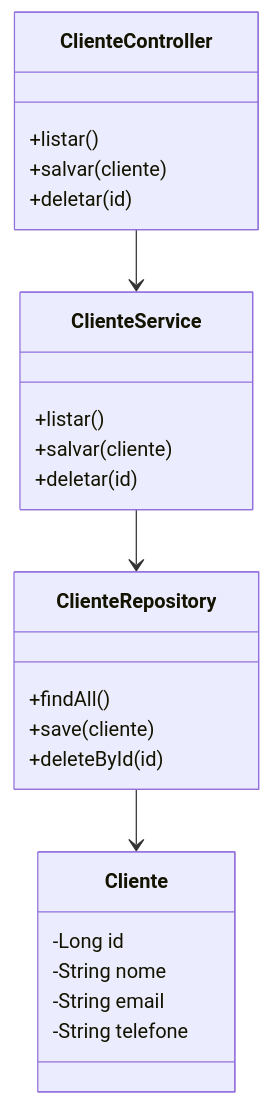
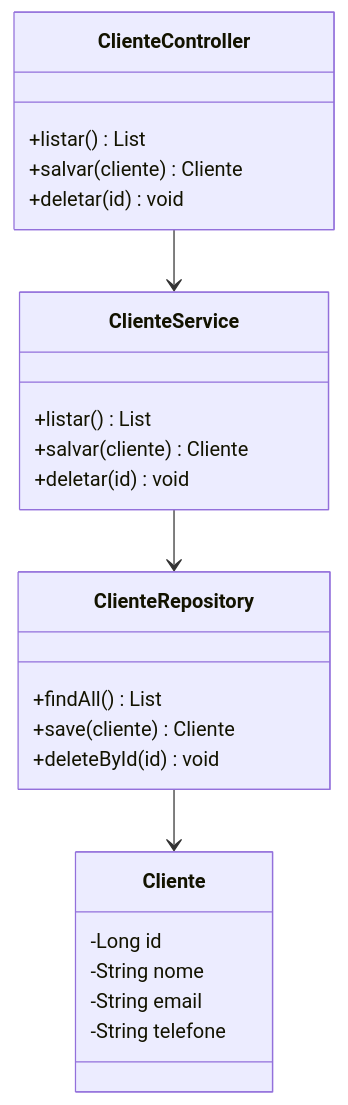
One commit to Romulorpr/Projeto-clientes-Java changed the diagram in README.md. Above: the diagram before and after it, drawn with Mermaid.

Commit message:
Atualizaçao o README

````diff
--- a/README.md
+++ b/README.md
@@ -47,31 +47,32 @@
 ```mermaid
 classDiagram
+    direction TB
     ClienteController --> ClienteService
     ClienteService --> ClienteRepository
     ClienteRepository --> Cliente
 
     class Cliente {
         -Long id
         -String nome
         -String email
         -String telefone
     }
 
     class ClienteRepository {
-        +findAll()
-        +save(cliente)
-        +deleteById(id)
+        +findAll() List
+        +save(cliente) Cliente
+        +deleteById(id) void
     }
 
     class ClienteService {
-        +listar()
-        +salvar(cliente)
-        +deletar(id)
+        +listar() List
+        +salvar(cliente) Cliente
+        +deletar(id) void
     }
 
     class ClienteController {
-        +listar()
-        +salvar(cliente)
-        +deletar(id)
+        +listar() List
+        +salvar(cliente) Cliente
+        +deletar(id) void
     }
 ```
````
